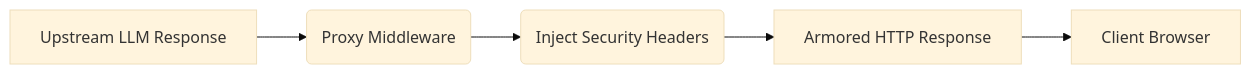
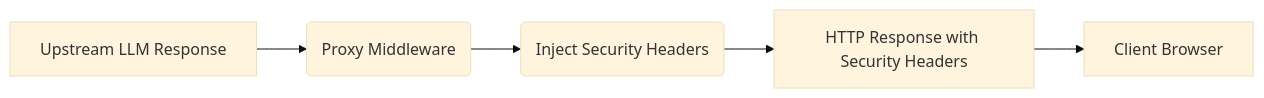
The diagram in website/docs/features/enterprise-auditing-compliance/security-response-headers-on-all-responses.md (ninadphalak/LLM-Shield-Proxy), drawn with Mermaid (base theme) before and after one commit. The commit also changed other lines of this file and 81 other files, not shown here.

````diff
--- a/website/docs/features/enterprise-auditing-compliance/security-response-headers-on-all-responses.md
+++ b/website/docs/features/enterprise-auditing-compliance/security-response-headers-on-all-responses.md
@@ -19,7 +22,7 @@
 ```mermaid
 flowchart LR
     A[Upstream LLM Response] --> B(Proxy Middleware)
     B --> C(Inject Security Headers)
-    C --> D[Armored HTTP Response]
+    C --> D[HTTP Response with Security Headers]
     D --> E[Client Browser]
 ```
````
